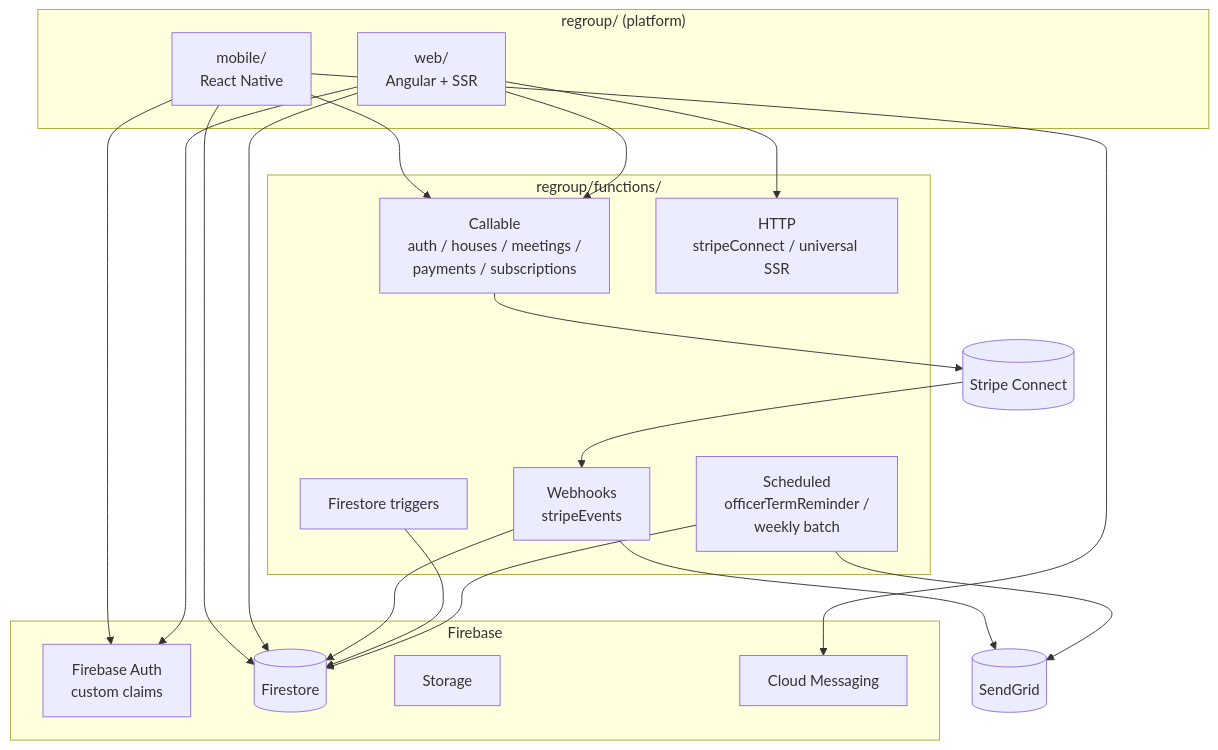
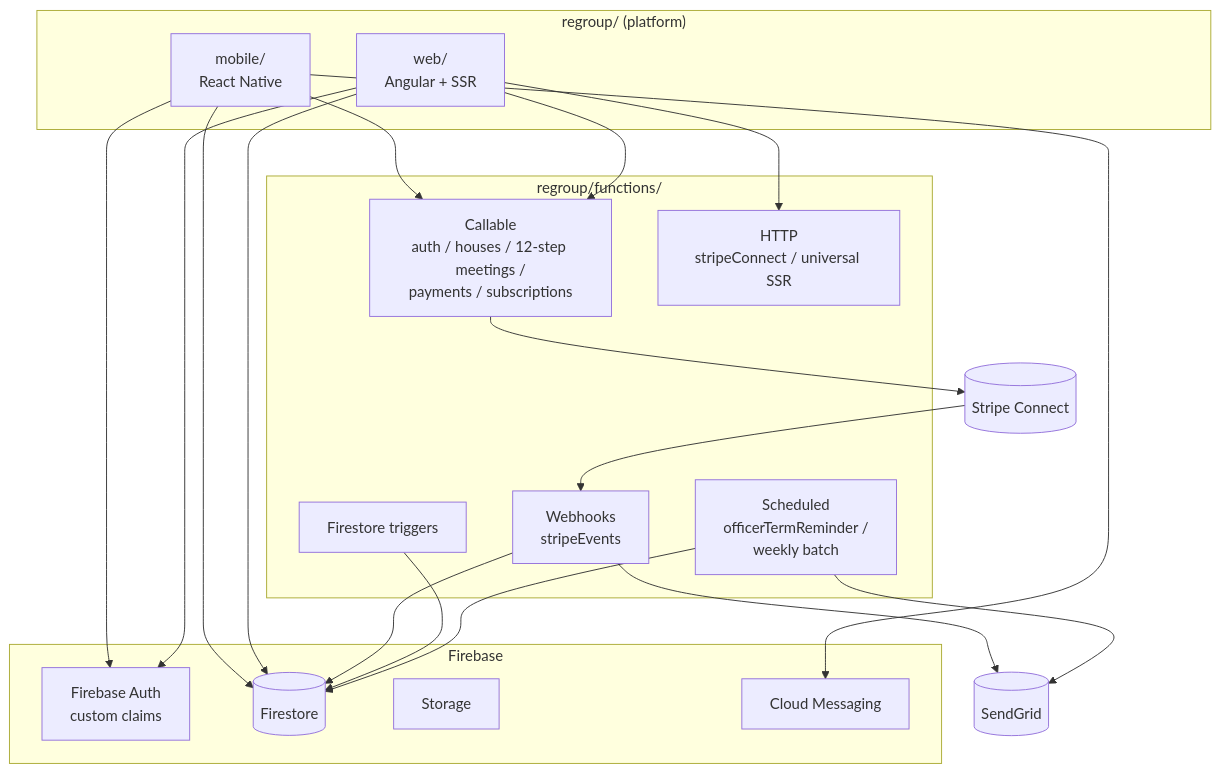
The first of 2 diagrams in docs/ecosystem/product-map.md (marcusk639/recovery-platform), drawn with Mermaid before and after one commit. The commit also changed other lines of this file and 22 other files, not shown here.

````diff
--- a/docs/ecosystem/product-map.md
+++ b/docs/ecosystem/product-map.md
@@ -102,41 +102,41 @@
 ```mermaid
 graph TB
   subgraph "regroup/ (platform)"
     RN[mobile/<br/>React Native]
     NG[web/<br/>Angular + SSR]
   end
 
   subgraph Firebase
     Auth[Firebase Auth<br/>custom claims]
     FS[(Firestore)]
     Stor[Storage]
     FCM[Cloud Messaging]
   end
 
   subgraph "regroup/functions/"
-    Call[Callable<br/>auth / houses / meetings /<br/>payments / subscriptions]
+    Call[Callable<br/>auth / houses / 12-step meetings /<br/>payments / subscriptions]
     Http[HTTP<br/>stripeConnect / universal SSR]
     Hook[Webhooks<br/>stripeEvents]
     Sched[Scheduled<br/>officerTermReminder /<br/>weekly batch]
     Trig[Firestore triggers]
   end
 
   Stripe[(Stripe Connect)]
   SG[(SendGrid)]
 
   RN --> Auth
   NG --> Auth
   RN --> FS
   NG --> FS
   RN --> Call
   NG --> Call
   NG --> Http
   Stripe --> Hook
   Hook --> FS
   Hook --> SG
   Call --> Stripe
   Trig --> FS
   Sched --> FS
   Sched --> SG
   RN --> FCM
 ```
````
